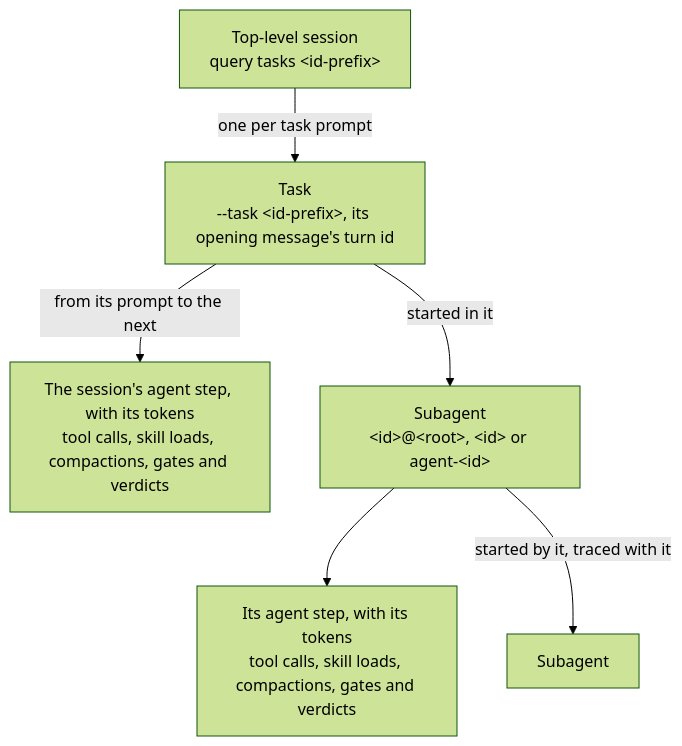
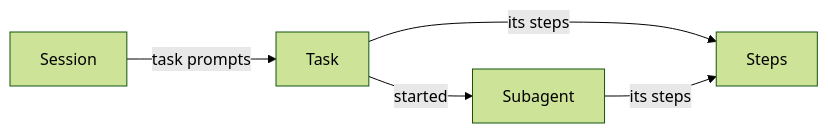
Before and after one commit to cniska/agent-record: the diagram in docs/trace.md, drawn with Mermaid (forest theme). The commit also changed other lines of this file and 1 other file, not shown here.

Commit message:
docs: simplify the trace and data-flow charts

````diff
--- a/docs/trace.md
+++ b/docs/trace.md
@@ -13,8 +13,7 @@
 ```mermaid
-flowchart TD
-  session["Top-level session<br/>query tasks #lt;id-prefix#gt;"] -- "one per task prompt" --> task["Task<br/>--task #lt;id-prefix#gt;, its opening message's turn id"]
-  task -- "from its prompt to the next" --> steps["The session's agent step, with its tokens<br/>tool calls, skill loads, compactions, gates and verdicts"]
-  task -- "started in it" --> sub["Subagent<br/>#lt;id#gt;@#lt;root#gt;, #lt;id#gt; or agent-#lt;id#gt;"]
-  sub --> substeps["Its agent step, with its tokens<br/>tool calls, skill loads, compactions, gates and verdicts"]
-  sub -- "started by it, traced with it" --> subsub["Subagent"]
+flowchart LR
+  session["Session"] -- "task prompts" --> task["Task"]
+  task -- "its steps" --> steps["Steps"]
+  task -- "started" --> sub["Subagent"]
+  sub -- "its steps" --> steps
 ```
````
